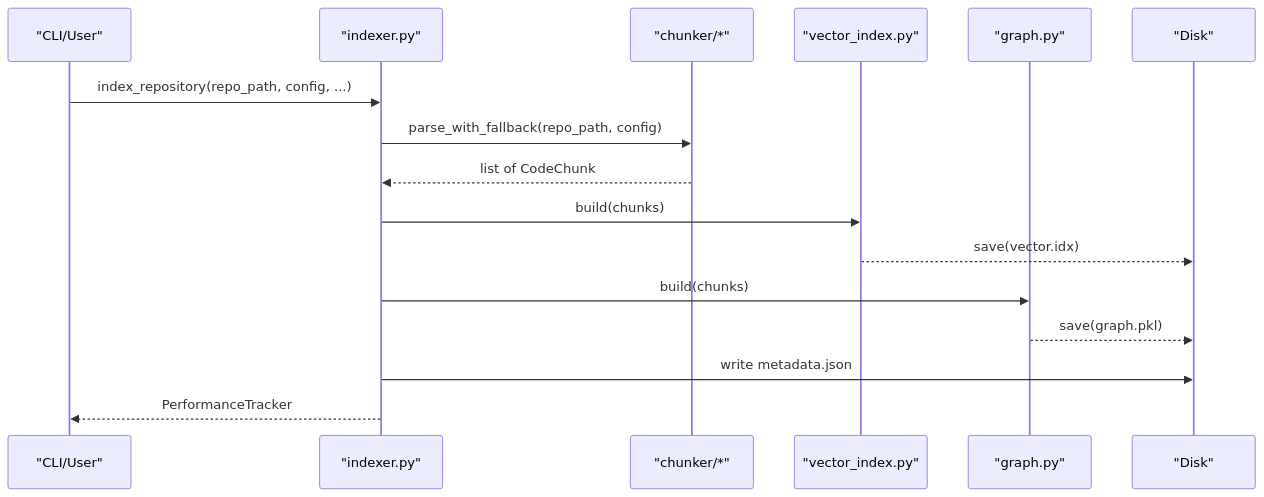
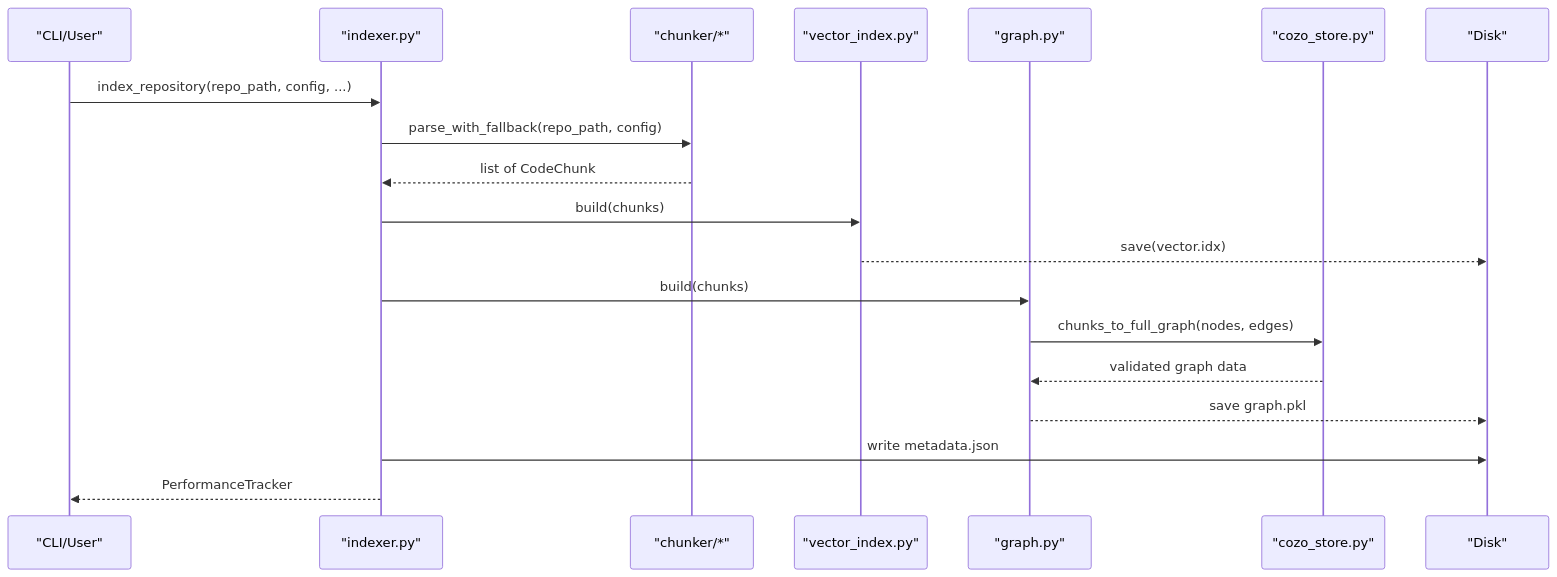
The second of 14 diagrams in .qoder/repowiki/en/content/Core Modules/Core Modules.md (maemreyo/zmr-ctx-paker), drawn with Mermaid before and after one commit. The commit also changed other lines of this file and 25 other files, not shown here.

````diff
--- a/.qoder/repowiki/en/content/Core Modules/Core Modules.md
+++ b/.qoder/repowiki/en/content/Core Modules/Core Modules.md
@@ -142,18 +201,21 @@
 ```mermaid
 sequenceDiagram
 participant CLI as "CLI/User"
 participant WF_IDX as "indexer.py"
 participant CHUNK as "chunker/*"
 participant VI as "vector_index.py"
 participant GR as "graph.py"
+participant COZO as "cozo_store.py"
 participant FS as "Disk"
 CLI->>WF_IDX : index_repository(repo_path, config, ...)
 WF_IDX->>CHUNK : parse_with_fallback(repo_path, config)
 CHUNK-->>WF_IDX : list of CodeChunk
 WF_IDX->>VI : build(chunks)
 VI-->>FS : save(vector.idx)
 WF_IDX->>GR : build(chunks)
-GR-->>FS : save(graph.pkl)
+GR->>COZO : chunks_to_full_graph(nodes, edges)
+COZO-->>GR : validated graph data
+GR-->>FS : save graph.pkl
 WF_IDX->>FS : write metadata.json
 WF_IDX-->>CLI : PerformanceTracker
 ```
````
